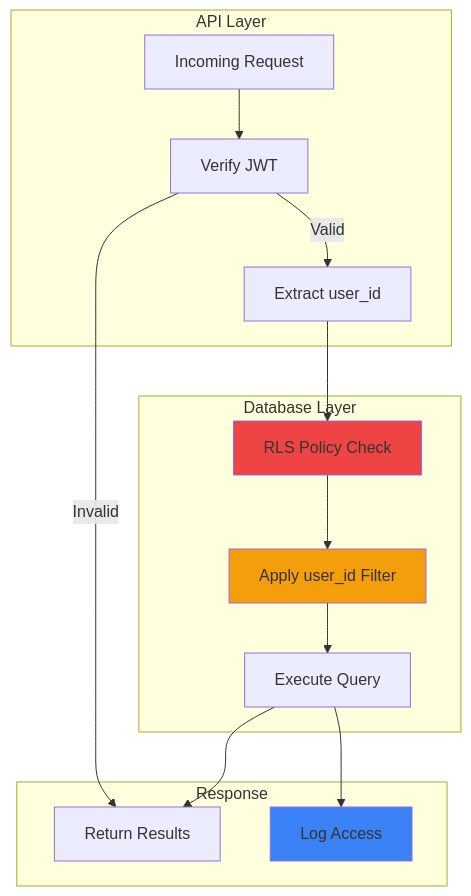
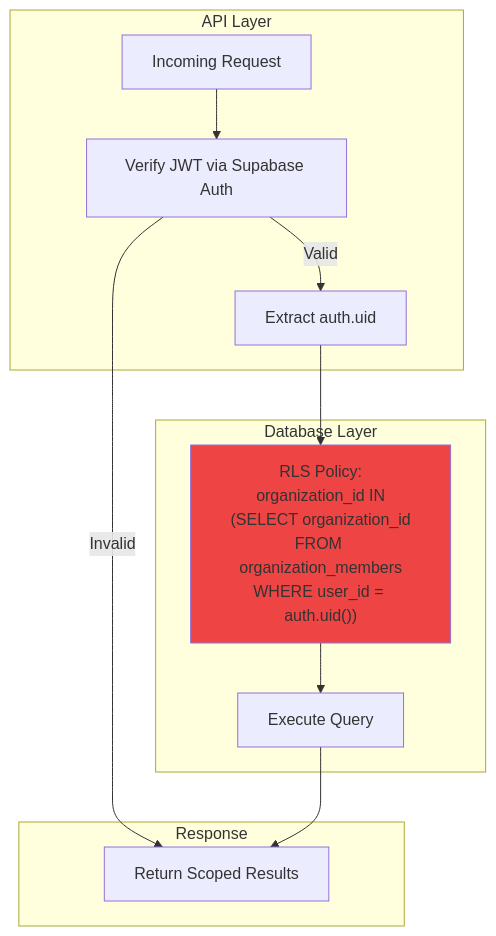
Diagram 15 of 15 in docs/diagrams/accountant-workflow-system.md (CleanExpo/ATO), drawn with Mermaid before and after one commit. The commit also changed other lines of this file and 4 other files, not shown here.

First line of the commit message:
Update accountant workflow architecture docs to match implementation (ORCH-ACC-001)

````diff
--- a/docs/diagrams/accountant-workflow-system.md
+++ b/docs/diagrams/accountant-workflow-system.md
@@ -925,34 +631,26 @@
 ```mermaid
 graph TB
     subgraph "API Layer"
         REQ[Incoming Request]
-        VERIFY[Verify JWT]
-        EXTRACT[Extract user_id]
+        VERIFY[Verify JWT via Supabase Auth]
+        EXTRACT[Extract auth.uid]
     end
 
     subgraph "Database Layer"
-        POLICY[RLS Policy Check]
-        FILTER[Apply user_id Filter]
+        POLICY["RLS Policy:<br/>organization_id IN<br/>(SELECT organization_id<br/>FROM organization_members<br/>WHERE user_id = auth.uid())"]
         EXECUTE[Execute Query]
     end
 
     subgraph "Response"
-        RETURN[Return Results]
-        AUDIT[Log Access]
+        RETURN[Return Scoped Results]
     end
 
     REQ --> VERIFY
     VERIFY -->|Valid| EXTRACT
     VERIFY -->|Invalid| RETURN
-
     EXTRACT --> POLICY
-    POLICY --> FILTER
-    FILTER --> EXECUTE
-
+    POLICY --> EXECUTE
     EXECUTE --> RETURN
-    EXECUTE --> AUDIT
 
     style POLICY fill:#ef4444
-    style FILTER fill:#f59e0b
-    style AUDIT fill:#3b82f6
 ```
````
